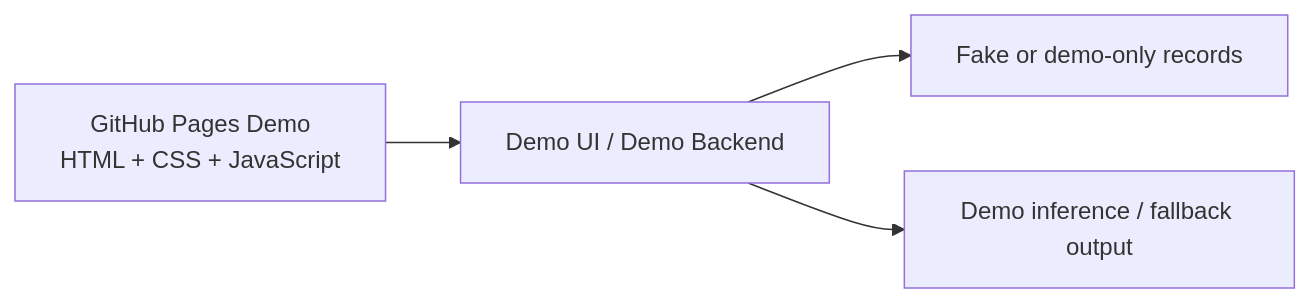
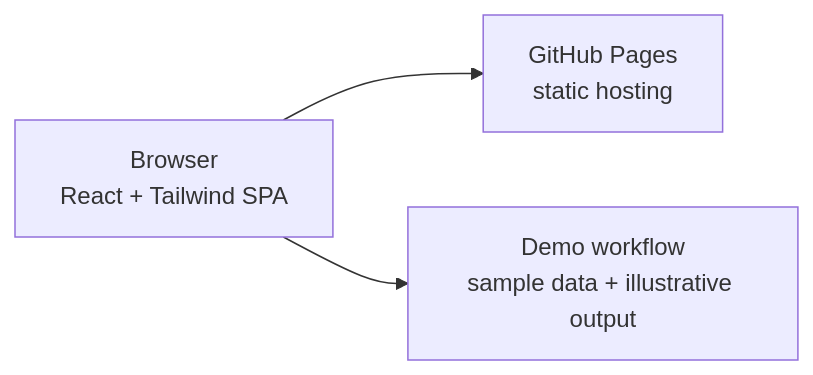
Before and after one commit to fahmiimrann/calisto.github.io: the diagram in README.md, drawn with Mermaid. The commit also changed other lines of this file, not shown here.

Commit message:
Rewrite README as a clean public demo document (remove production/industry framing)

````diff
--- a/README.md
+++ b/README.md
@@ -111,6 +81,5 @@
 ```mermaid
 flowchart LR
-    A[GitHub Pages Demo<br/>HTML + CSS + JavaScript] --> B[Demo UI / Demo Backend]
-    B --> C[Fake or demo-only records]
-    B --> D[Demo inference / fallback output]
+    A[Browser<br/>React + Tailwind SPA] --> B[GitHub Pages<br/>static hosting]
+    A --> C[Demo workflow<br/>sample data + illustrative output]
 ```
````
